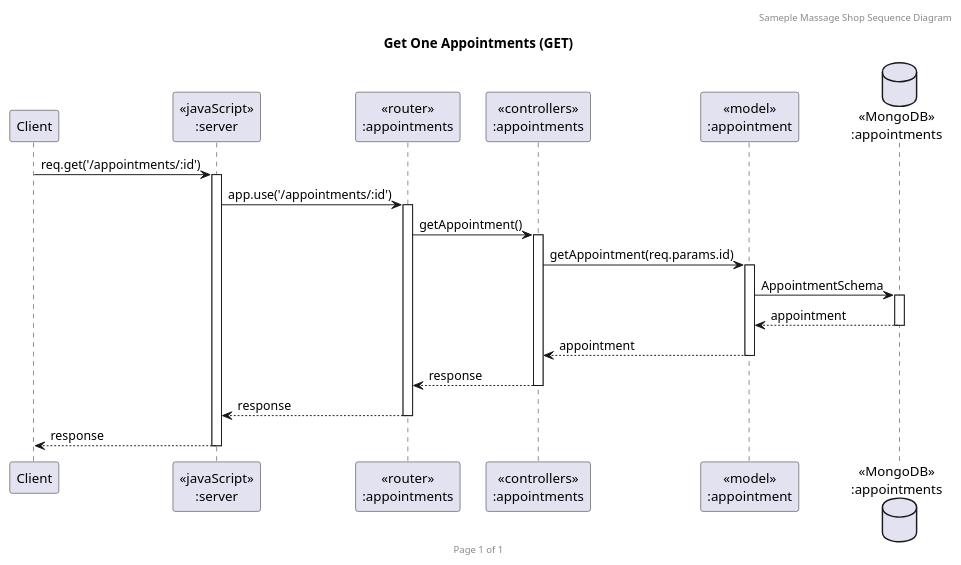
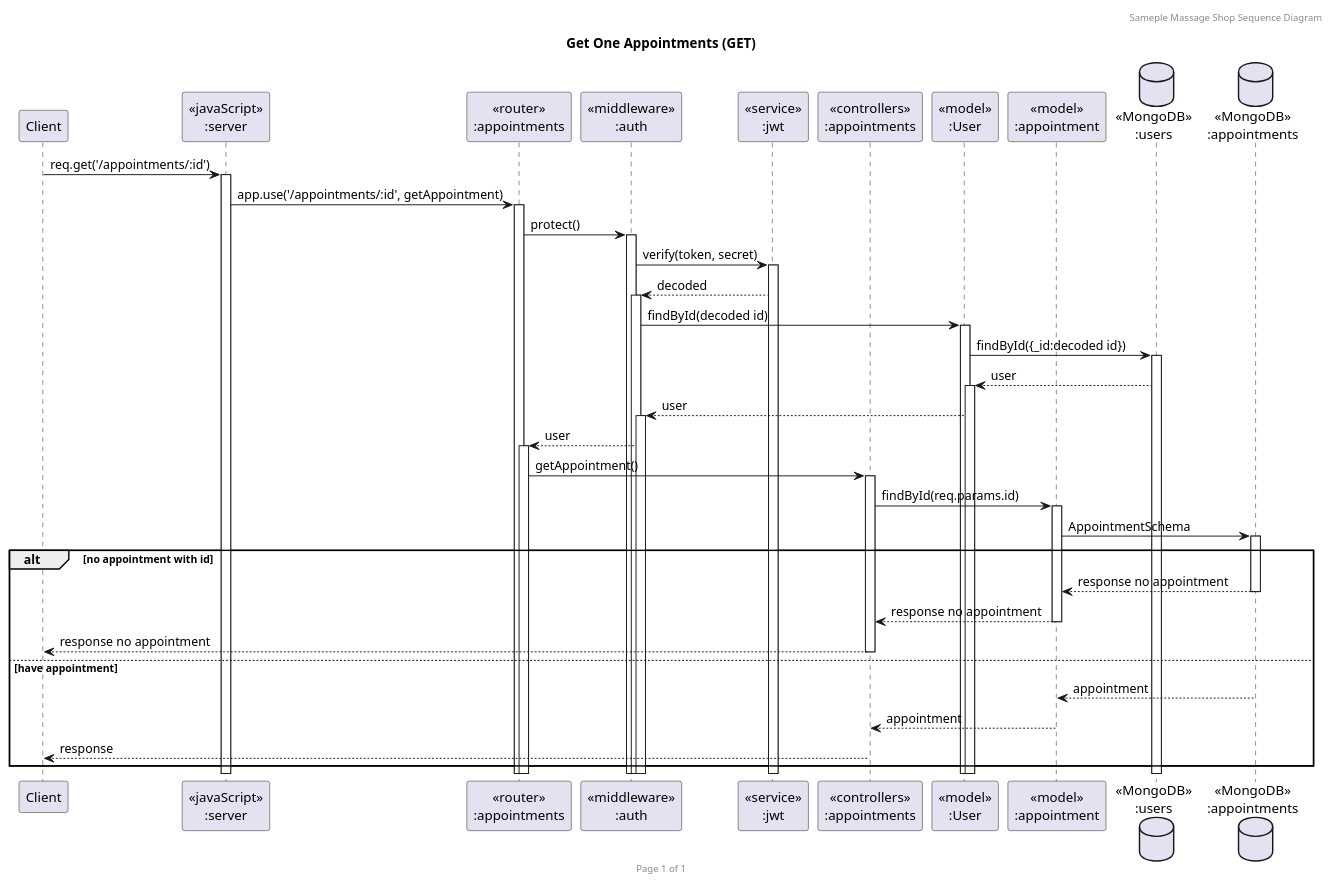
The diagram in sequence_diagram/MassageSequence_getOneAppt.puml (BabeTanya/massage-catherine), drawn with PlantUML before and after one commit. The commit also changed 13 other files, not shown here.

Commit message:
Revise sequence diagram and import new collection postman

```diff
--- a/sequence_diagram/MassageSequence_getOneAppt.puml
+++ b/sequence_diagram/MassageSequence_getOneAppt.puml
@@ -1,25 +1,41 @@
 @startuml Get One Appointments (GET)
 
 header Sameple Massage Shop Sequence Diagram
 footer Page %page% of %lastpage%
 title "Get One Appointments (GET)"
 
 participant "Client" as client
 participant "<<javaScript>>\n:server" as server
 participant "<<router>>\n:appointments" as routerAppointments
+participant "<<middleware>>\n:auth" as middleware
+participant "<<service>>\n:jwt" as service
 participant "<<controllers>>\n:appointments" as controllersAppointments
+participant "<<model>>\n:User" as modelUser
 participant "<<model>>\n:appointment" as modelAppointment
+database "<<MongoDB>>\n:users" as UsersDatabase
 database "<<MongoDB>>\n:appointments" as AppointmentsDatabase
 
 client->server ++:req.get('/appointments/:id')
-server->routerAppointments ++:app.use('/appointments/:id')
+server->routerAppointments ++:app.use('/appointments/:id', getAppointment)
+routerAppointments -> middleware ++:protect()
+middleware -> service ++:verify(token, secret)
+middleware <-- service ++:decoded
+middleware -> modelUser ++:findById(decoded id)
+modelUser -> UsersDatabase ++:findById({_id:decoded id})
+modelUser <-- UsersDatabase ++:user
+middleware <-- modelUser ++:user
+routerAppointments <-- middleware ++:user
 routerAppointments -> controllersAppointments ++:getAppointment()
-controllersAppointments->modelAppointment ++:getAppointment(req.params.id)
+controllersAppointments->modelAppointment ++:findById(req.params.id)
 modelAppointment ->AppointmentsDatabase ++: AppointmentSchema
-AppointmentsDatabase --> modelAppointment --: appointment
-controllersAppointments <-- modelAppointment --:appointment
-routerAppointments <-- controllersAppointments --:response
-server <-- routerAppointments --:response
-client <-- server --:response
+alt no appointment with id
+  AppointmentsDatabase --> modelAppointment --: response no appointment
+  controllersAppointments <-- modelAppointment --:response no appointment
+  client <-- controllersAppointments --:response no appointment
+else have appointment
+  AppointmentsDatabase --> modelAppointment --: appointment
+  controllersAppointments <-- modelAppointment --: appointment
+  client <-- controllersAppointments --:response
+end
 
 @enduml
```
